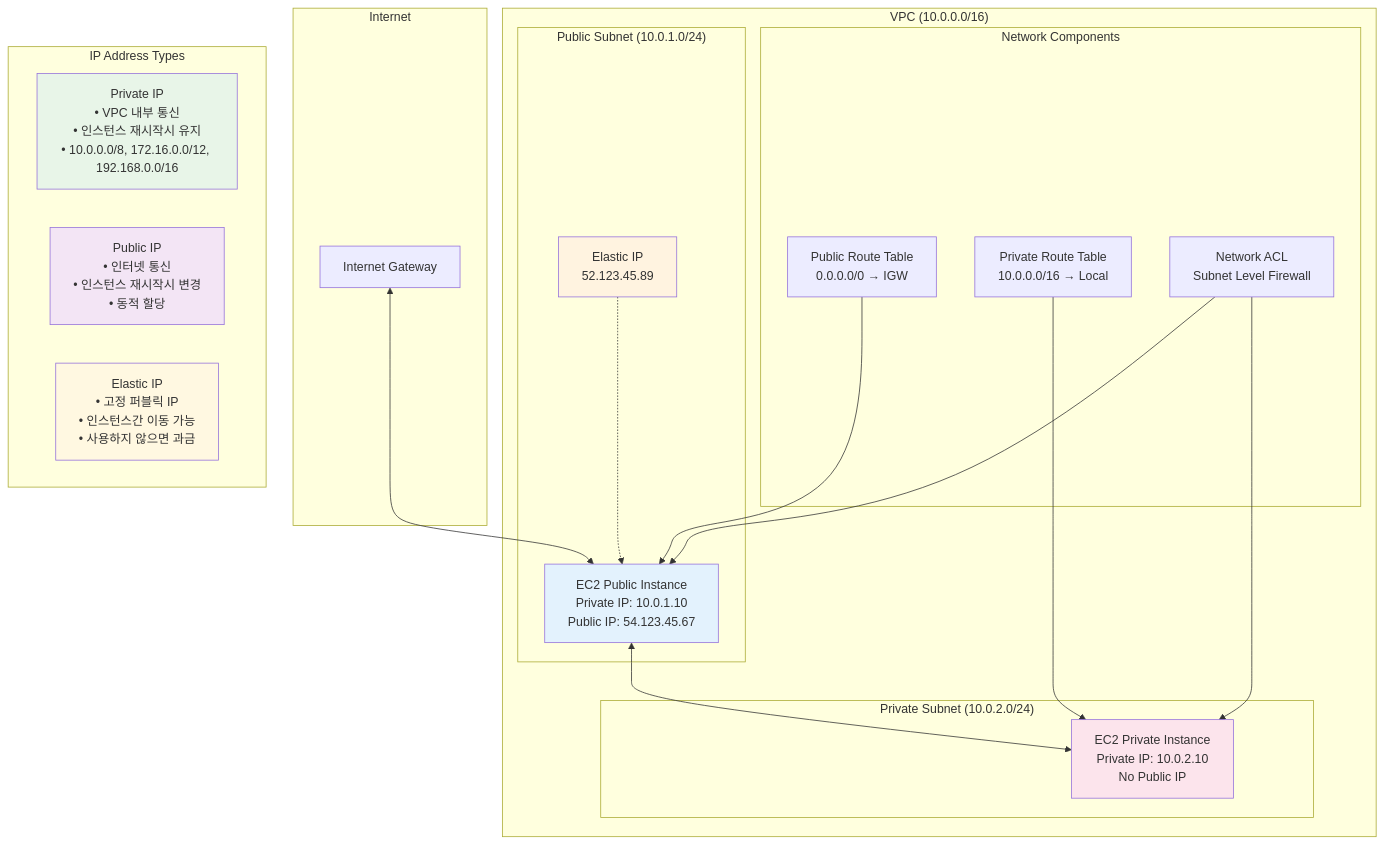
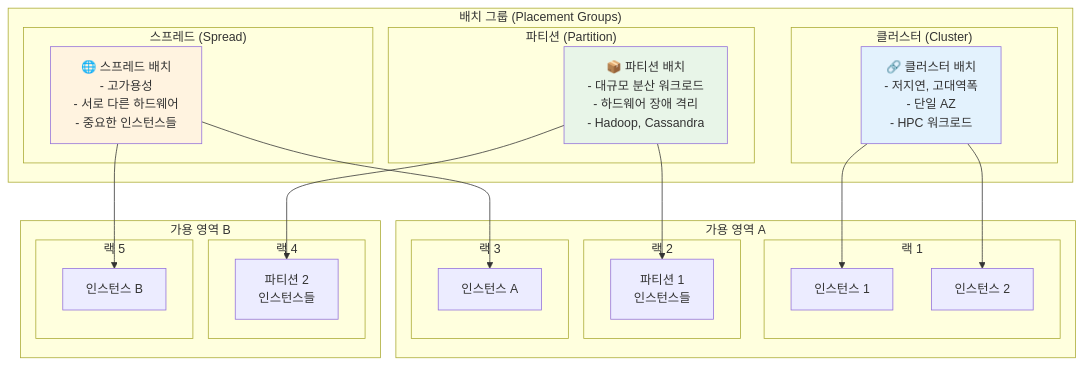
One commit to niceguy61/lecture_maker changed the eighth of 10 diagrams in aws-saa-study-materials/week1/day3/visuals/ec2-architecture.md. Above: the diagram before and after it, drawn with Mermaid. The commit also changed other lines of this file and 58 other files, not shown here.

````diff
--- a/aws-saa-study-materials/week1/day3/visuals/ec2-architecture.md
+++ b/aws-saa-study-materials/week1/day3/visuals/ec2-architecture.md
@@ -380,45 +327,49 @@
 ```mermaid
 graph TB
-    subgraph "Internet"
-        IGW[Internet Gateway]
-    end
-    
-    subgraph "VPC (10.0.0.0/16)"
-        subgraph "Public Subnet (10.0.1.0/24)"
-            EC2_PUB[EC2 Public Instance<br/>Private IP: 10.0.1.10<br/>Public IP: 54.123.45.67]
-            EIP[Elastic IP<br/>52.123.45.89]
+    subgraph "배치 그룹 (Placement Groups)"
+        subgraph "클러스터 (Cluster)"
+            CLUSTER[🔗 클러스터 배치<br/>- 저지연, 고대역폭<br/>- 단일 AZ<br/>- HPC 워크로드]
         end
         
-        subgraph "Private Subnet (10.0.2.0/24)"
-            EC2_PRIV[EC2 Private Instance<br/>Private IP: 10.0.2.10<br/>No Public IP]
+        subgraph "파티션 (Partition)"
+            PARTITION[📦 파티션 배치<br/>- 대규모 분산 워크로드<br/>- 하드웨어 장애 격리<br/>- Hadoop, Cassandra]
         end
         
-        subgraph "Network Components"
-            RT_PUB[Public Route Table<br/>0.0.0.0/0 → IGW]
-            RT_PRIV[Private Route Table<br/>10.0.0.0/16 → Local]
-            NACL[Network ACL<br/>Subnet Level Firewall]
+        subgraph "스프레드 (Spread)"
+            SPREAD[🌐 스프레드 배치<br/>- 고가용성<br/>- 서로 다른 하드웨어<br/>- 중요한 인스턴스들]
         end
     end
     
-    IGW <--> EC2_PUB
-    EIP -.-> EC2_PUB
-    EC2_PUB <--> EC2_PRIV
-    
-    RT_PUB --> EC2_PUB
-    RT_PRIV --> EC2_PRIV
-    NACL --> EC2_PUB
-    NACL --> EC2_PRIV
-    
-    subgraph "IP Address Types"
-        PRIV_IP[Private IP<br/>• VPC 내부 통신<br/>• 인스턴스 재시작시 유지<br/>• 10.0.0.0/8, 172.16.0.0/12, 192.168.0.0/16]
-        PUB_IP[Public IP<br/>• 인터넷 통신<br/>• 인스턴스 재시작시 변경<br/>• 동적 할당]
-        ELASTIC_IP[Elastic IP<br/>• 고정 퍼블릭 IP<br/>• 인스턴스간 이동 가능<br/>• 사용하지 않으면 과금]
+    subgraph "가용 영역 A"
+        subgraph "랙 1"
+            C1[인스턴스 1]
+            C2[인스턴스 2]
+        end
+        subgraph "랙 2"
+            P1[파티션 1<br/>인스턴스들]
+        end
+        subgraph "랙 3"
+            S1[인스턴스 A]
+        end
     end
     
-    style EC2_PUB fill:#e3f2fd
-    style EC2_PRIV fill:#fce4ec
-    style EIP fill:#fff3e0
-    style PRIV_IP fill:#e8f5e8
-    style PUB_IP fill:#f3e5f5
-    style ELASTIC_IP fill:#fff8e1
+    subgraph "가용 영역 B"
+        subgraph "랙 4"
+            P2[파티션 2<br/>인스턴스들]
+        end
+        subgraph "랙 5"
+            S2[인스턴스 B]
+        end
+    end
+    
+    CLUSTER --> C1
+    CLUSTER --> C2
+    PARTITION --> P1
+    PARTITION --> P2
+    SPREAD --> S1
+    SPREAD --> S2
+    
+    style CLUSTER fill:#e3f2fd
+    style PARTITION fill:#e8f5e8
+    style SPREAD fill:#fff3e0
 ```
````
